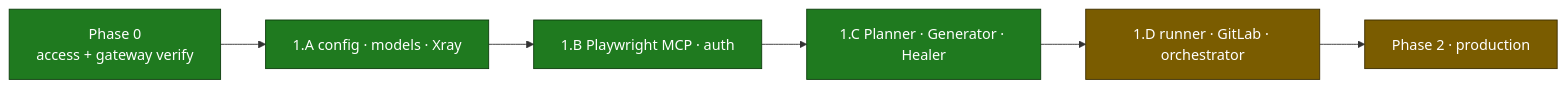
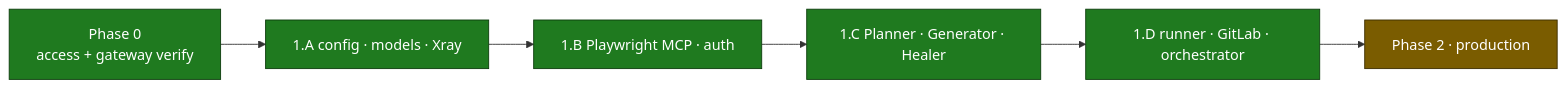
Before and after one commit to jpucic00/agentic-test-automation: the third of 3 diagrams in docs/ARCHITECTURE.md, drawn with Mermaid. The commit also changed other lines of this file and 18 other files, not shown here.

````diff
--- a/docs/ARCHITECTURE.md
+++ b/docs/ARCHITECTURE.md
@@ -115,11 +115,11 @@
 ```mermaid
 flowchart LR
     P0["Phase 0<br/>access + gateway verify"]:::done --> P1A["1.A config · models · Xray"]:::done
     P1A --> P1B["1.B Playwright MCP · auth"]:::done
     P1B --> P1C["1.C Planner · Generator · Healer"]:::done
-    P1C --> P1D["1.D runner · GitLab · orchestrator"]:::todo
+    P1C --> P1D["1.D runner · GitLab · orchestrator"]:::done
     P1D --> P2["Phase 2 · production"]:::todo
 
     classDef done fill:#1f7a1f,color:#fff,stroke:#0d3d0d;
     classDef todo fill:#7a5c00,color:#fff,stroke:#3d2e00;
 ```
````
